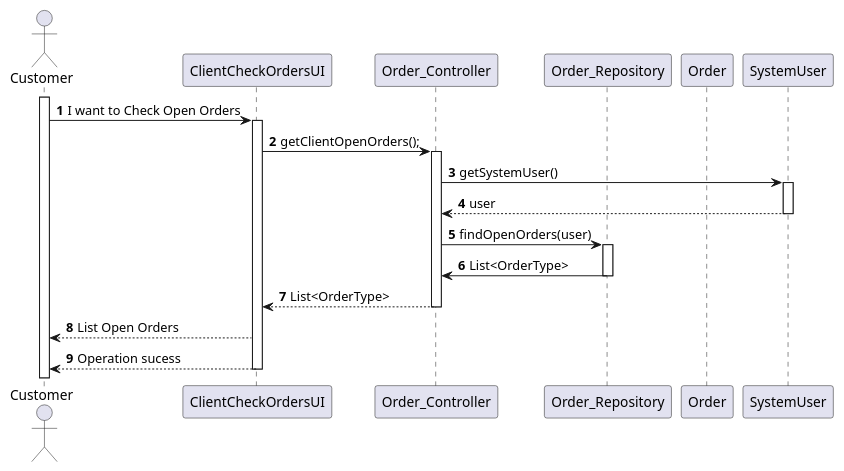
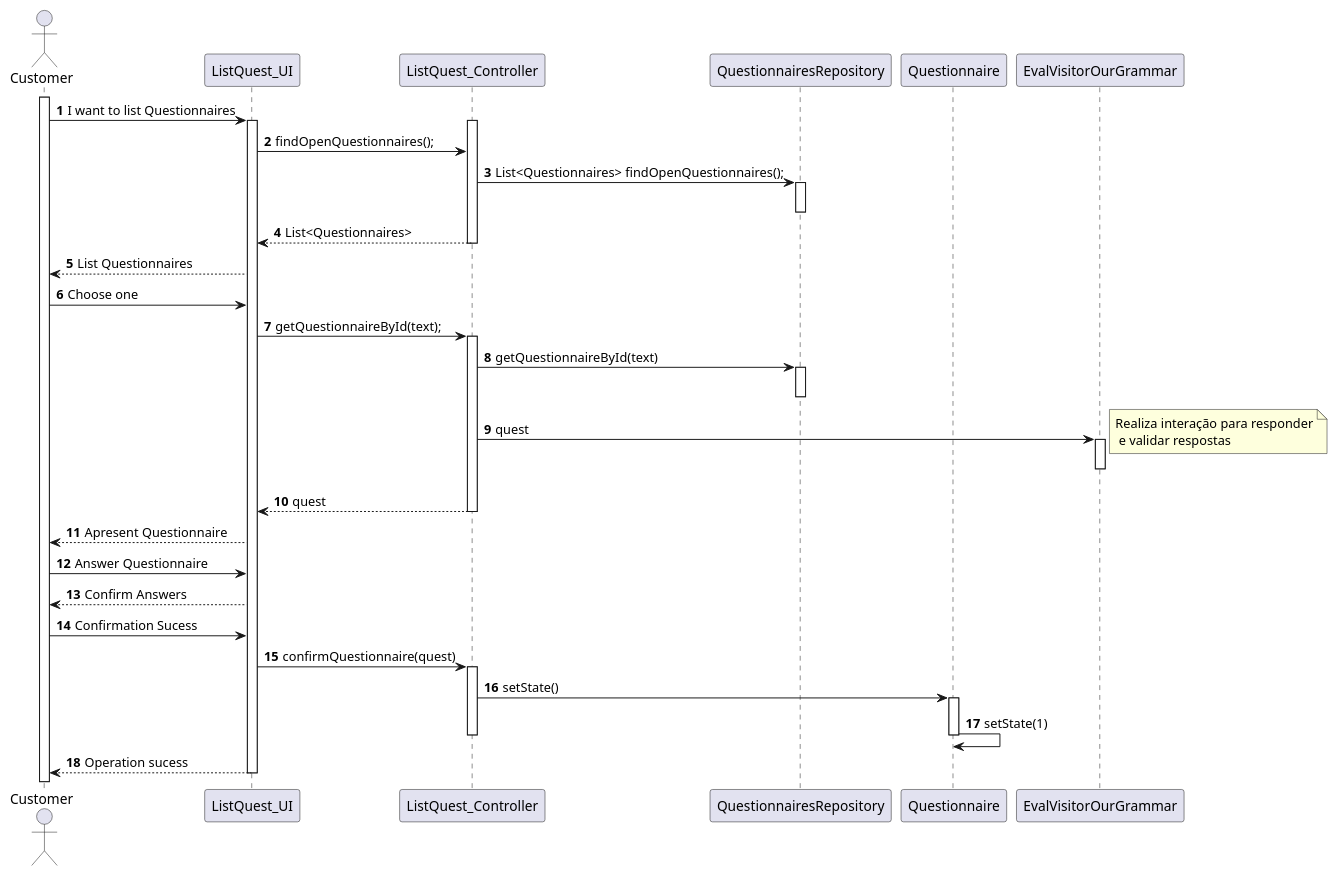
One commit to Norton1337/LAPR4_2122 changed the diagram in docs/US3501/US3501_SD.puml. Above: the diagram before and after it, drawn with PlantUML. The commit also changed 14 other files, not shown here.

```diff
--- a/docs/US3501/US3501_SD.puml
+++ b/docs/US3501/US3501_SD.puml
@@ -1,47 +1,87 @@
 @startuml
 'https://plantuml.com/sequence-diagram
 autonumber
 
 actor "Customer" as C
 
-participant "ClientCheckOrdersUI" as UI
-participant "Order_Controller" as CTR
-participant "Order_Repository" as OR
-participant "Order" as O
+participant "ListQuest_UI" as UI
+participant "ListQuest_Controller" as CTR
+participant "QuestionnairesRepository" as QR
+participant "Questionnaire" as Q
+participant "EvalVisitorOurGrammar" as Eval
 
 activate C
 
-C -> UI : I want to Check Open Orders
+C -> UI : I want to list Questionnaires
 activate UI
+activate CTR
+
+UI -> CTR : findOpenQuestionnaires();
+
+CTR -> QR : List<Questionnaires> findOpenQuestionnaires();
+activate QR
+deactivate QR
+
+CTR --> UI : List<Questionnaires>
+deactivate CTR
+UI --> C : List Questionnaires
+
+C -> UI : Choose one
+UI -> CTR: getQuestionnaireById(text);
+activate CTR
+
+CTR -> QR : getQuestionnaireById(text)
+activate QR
+deactivate QR
+
+CTR -> Eval : quest
+activate Eval
+deactivate Eval
+note right: Realiza interação para responder\n e validar respostas
+
+CTR --> UI : quest
+
+deactivate CTR
+
+UI --> C : Apresent Questionnaire
 
 
 
-UI -> CTR : getClientOpenOrders();
+
+
+C -> UI : Answer Questionnaire
+
+
+
+
+
+
+
+
+
+
+
+UI --> C : Confirm Answers
+
+C -> UI : Confirmation Sucess
+
+UI -> CTR : confirmQuestionnaire(quest)
 activate CTR
 
-CTR -> SystemUser : getSystemUser()
-activate SystemUser
-SystemUser --> CTR : user
-deactivate SystemUser
+CTR -> Q : setState()
+activate Q
+Q -> Q : setState(1)
+deactivate Q
 
-
-CTR -> OR : findOpenOrders(user)
-activate OR
-OR -> CTR : List<OrderType>
-deactivate OR
-
-
-CTR --> UI : List<OrderType>
 deactivate CTR
-UI --> C : List Open Orders
 
 UI --> C : Operation sucess
 deactivate UI
 
 
 deactivate CTR
 
 
 
 
 @enduml
```
